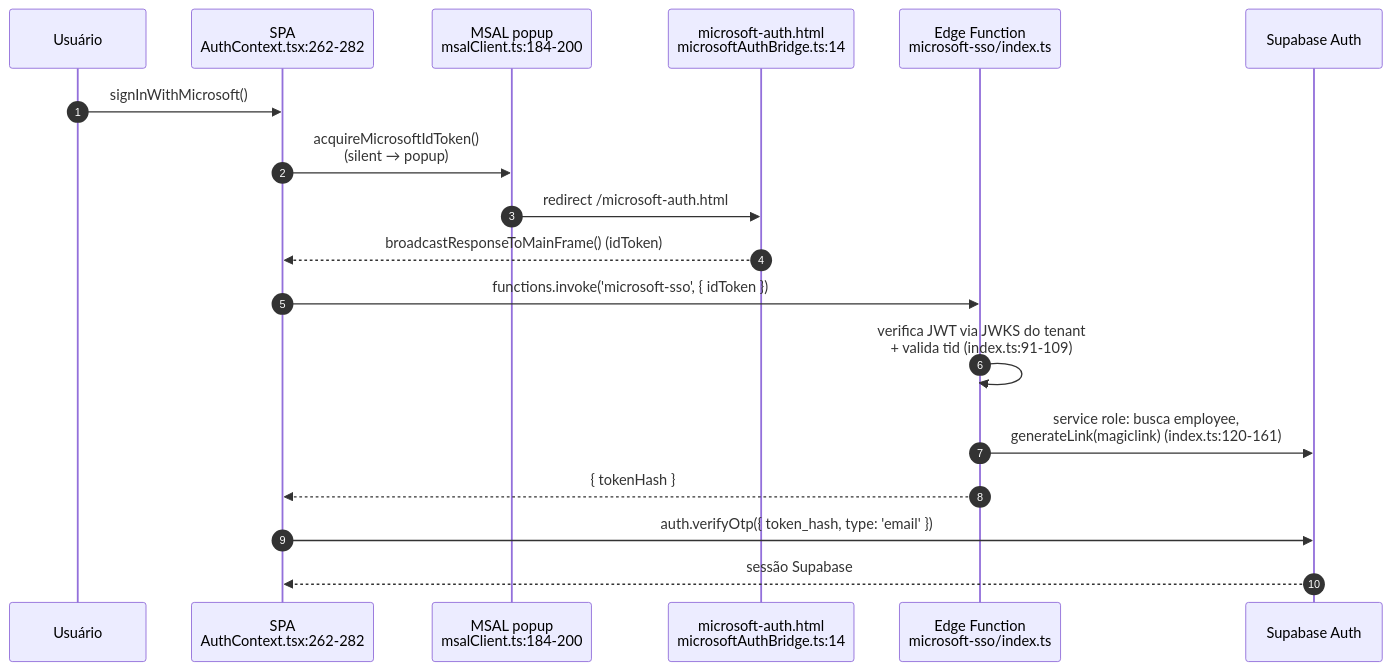
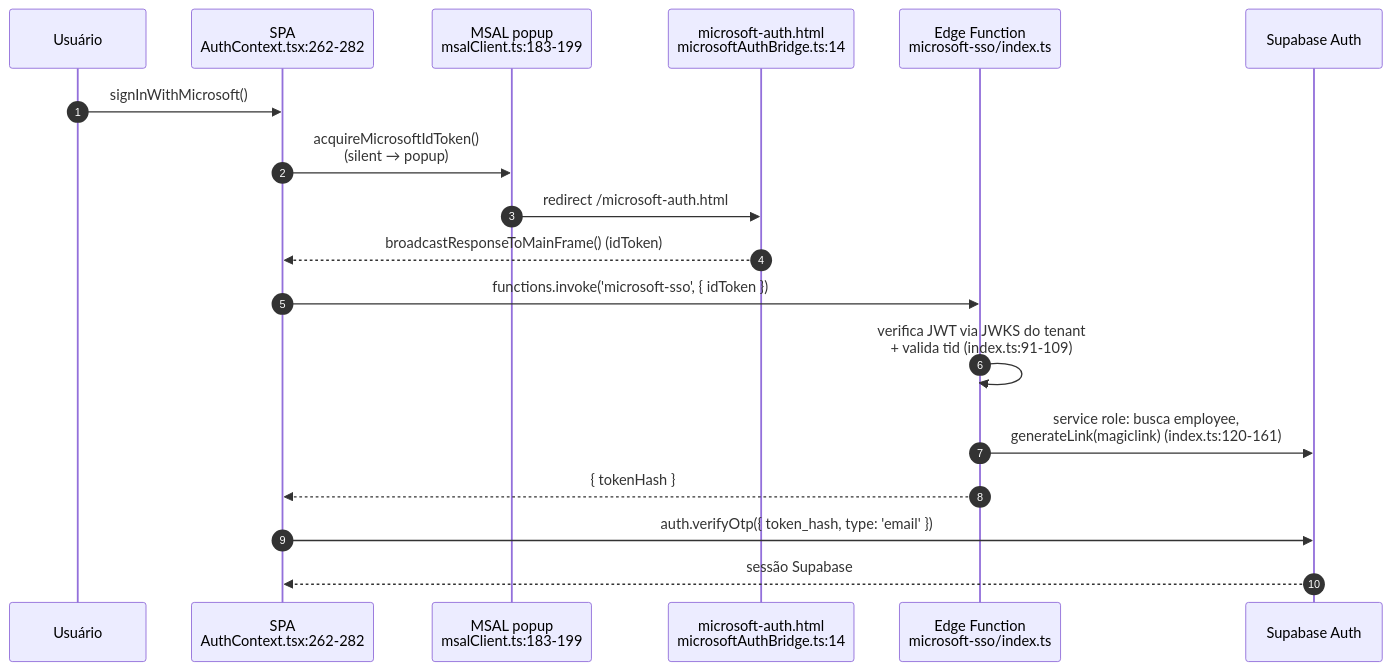
The second of 2 diagrams in .harness/docs/architecture/overview.md (Origami-Lab-Organization/og-pulse), drawn with Mermaid before and after one commit. The commit also changed other lines of this file and 35 other files, not shown here.

````diff
--- a/.harness/docs/architecture/overview.md
+++ b/.harness/docs/architecture/overview.md
@@ -194,21 +194,21 @@
 ```mermaid
 sequenceDiagram
     autonumber
     participant U as Usuário
     participant F as SPA<br/>AuthContext.tsx:262-282
-    participant M as MSAL popup<br/>msalClient.ts:184-200
+    participant M as MSAL popup<br/>msalClient.ts:183-199
     participant B as microsoft-auth.html<br/>microsoftAuthBridge.ts:14
     participant E as Edge Function<br/>microsoft-sso/index.ts
     participant SB as Supabase Auth
 
     U->>F: signInWithMicrosoft()
     F->>M: acquireMicrosoftIdToken()<br/>(silent → popup)
     M->>B: redirect /microsoft-auth.html
     B-->>F: broadcastResponseToMainFrame() (idToken)
     F->>E: functions.invoke('microsoft-sso', { idToken })
     E->>E: verifica JWT via JWKS do tenant<br/>+ valida tid (index.ts:91-109)
     E->>SB: service role: busca employee,<br/>generateLink(magiclink) (index.ts:120-161)
     E-->>F: { tokenHash }
     F->>SB: auth.verifyOtp({ token_hash, type: 'email' })
     SB-->>F: sessão Supabase
 ```
````
